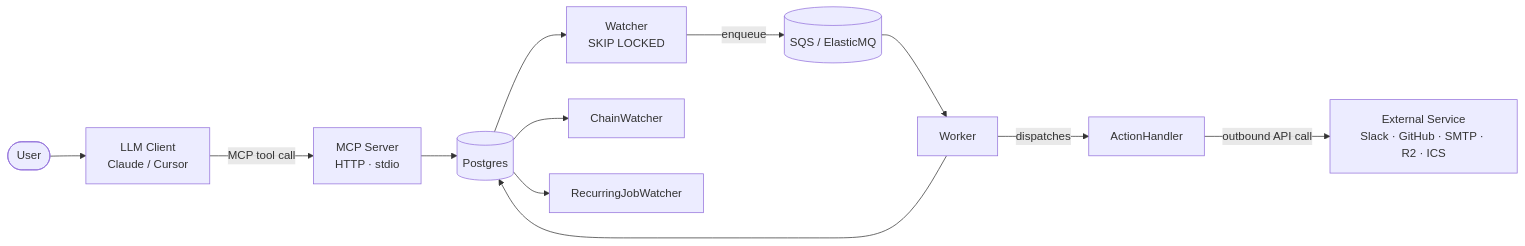
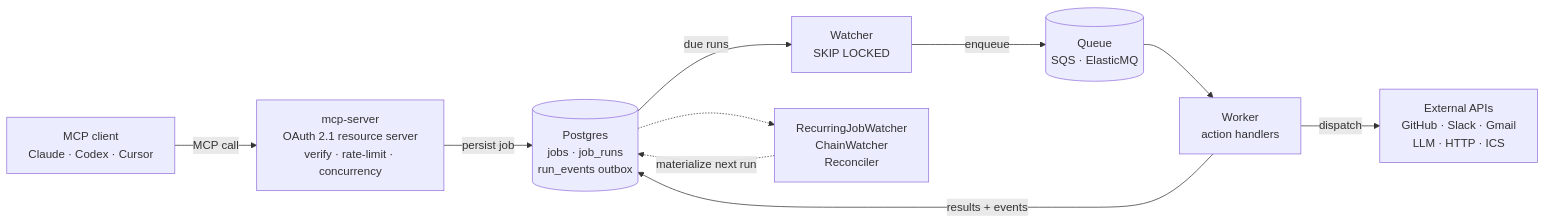
The first of 2 diagrams in README.md (PaynePew/task_scheduler_mcp), drawn with Mermaid before and after one commit. The commit also changed other lines of this file and 1 other file, not shown here.

First line of the commit message:
docs: rewrite README (EN + zh-TW) for current multi-tenant architecture

````diff
--- a/README.md
+++ b/README.md
@@ -22,14 +34,21 @@
 ```mermaid
 flowchart LR
-    User([User]) --> LLM[LLM Client<br/>Claude / Cursor]
-    LLM -->|MCP tool call| MCP[MCP Server<br/>HTTP · stdio]
-    MCP --> DB[(Postgres)]
-    DB --> W[Watcher<br/>SKIP LOCKED]
-    W -->|enqueue| Q[(SQS / ElasticMQ)]
-    Q --> Worker[Worker]
-    Worker -->|dispatches| AH[ActionHandler]
-    AH -->|outbound API call| Ext[External Service<br/>Slack · GitHub · SMTP · R2 · ICS]
-    Worker --> DB
-    DB --> CW[ChainWatcher]
-    DB --> RW[RecurringJobWatcher]
+    CL["MCP client<br/>Claude · Codex · Cursor"]
+    SRV["mcp-server<br/>OAuth 2.1 resource server<br/>verify · rate-limit · concurrency"]
+    PG[("Postgres<br/>jobs · job_runs<br/>run_events outbox")]
+    WAT["Watcher<br/>SKIP LOCKED"]
+    Q[("Queue<br/>SQS · ElasticMQ")]
+    WO["Worker<br/>action handlers"]
+    EXT["External APIs<br/>GitHub · Slack · Gmail<br/>LLM · HTTP · ICS"]
+    CTL["RecurringJobWatcher<br/>ChainWatcher<br/>Reconciler"]
+
+    CL -->|MCP call| SRV
+    SRV -->|persist job| PG
+    PG -->|due runs| WAT
+    WAT -->|enqueue| Q
+    Q --> WO
+    WO -->|dispatch| EXT
+    WO -->|results + events| PG
+    PG -.-> CTL
+    CTL -.materialize next run.-> PG
 ```
````
